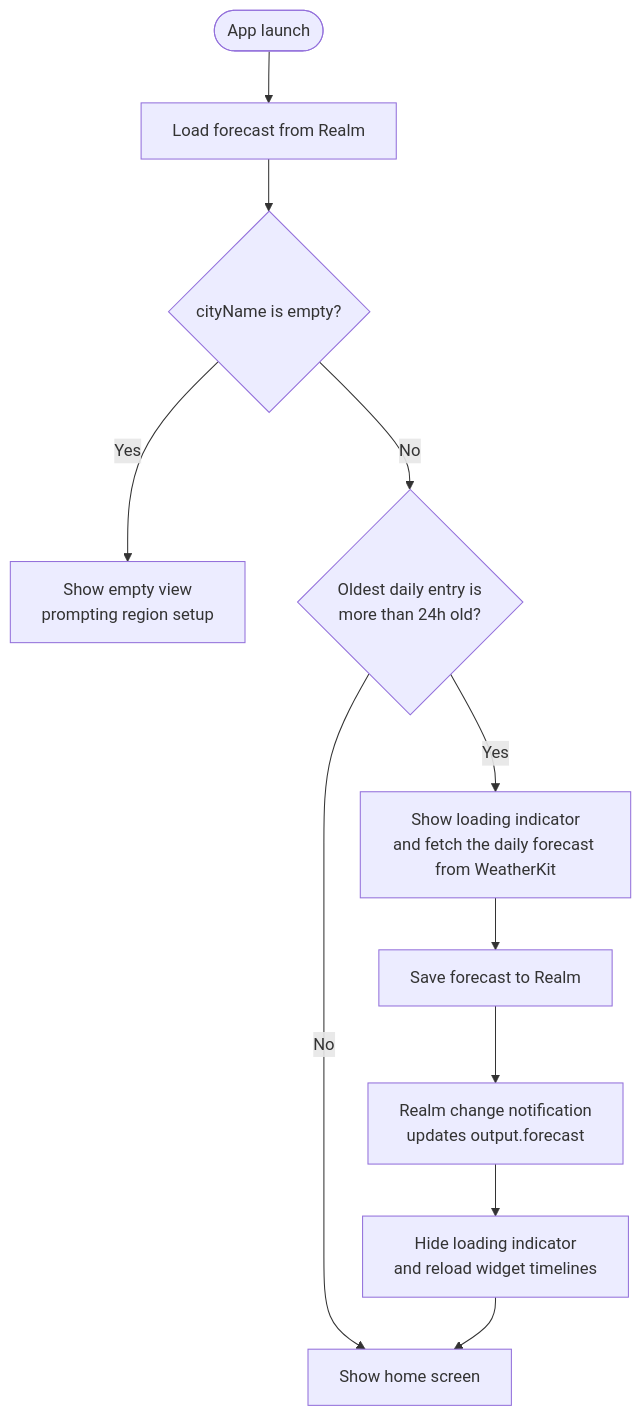
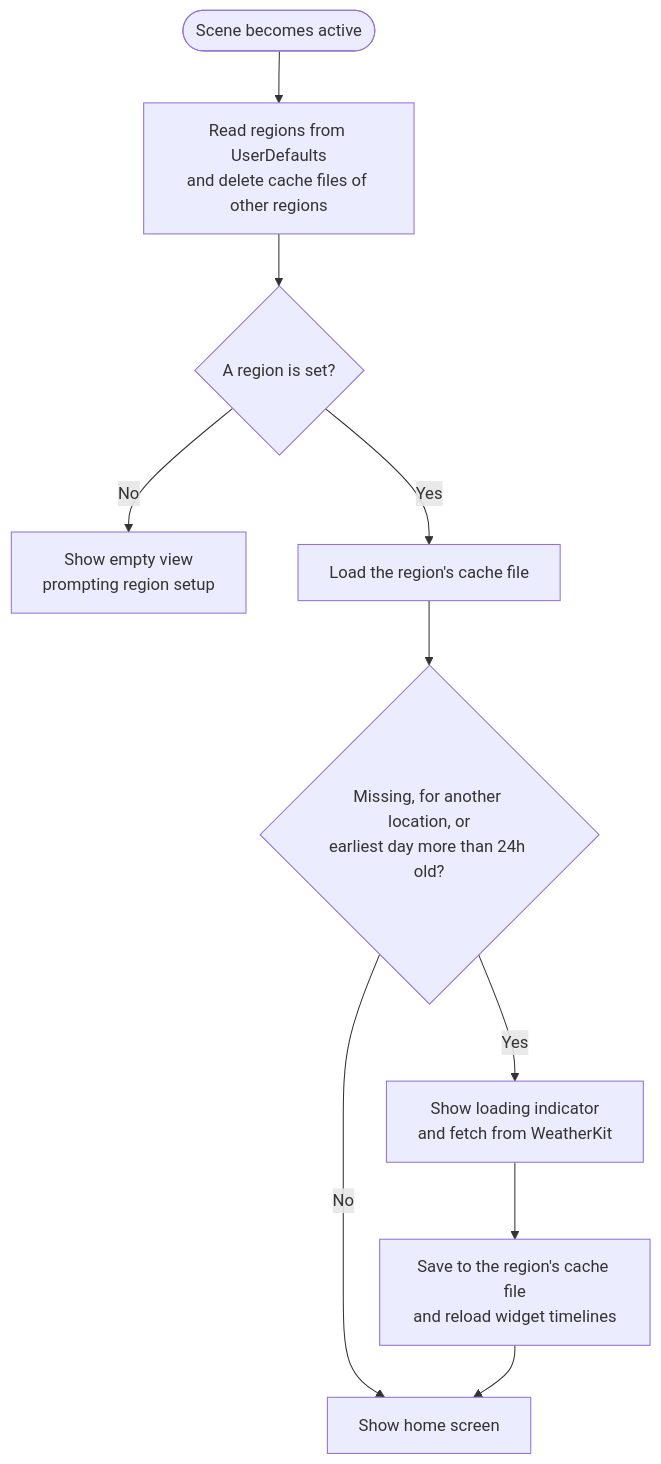
Before and after one commit to naipaka/NextSunnyDay-iOS: the first of 3 diagrams in docs/architecture/weather-fetch-flow.md, drawn with Mermaid. The commit also changed other lines of this file and 4 other files, not shown here.

````diff
--- a/docs/architecture/weather-fetch-flow.md
+++ b/docs/architecture/weather-fetch-flow.md
@@ -11,13 +23,12 @@
 ```mermaid
 flowchart TD
-    A([App launch]) --> B[Load forecast from Realm]
-    B --> C{cityName is empty?}
-    C -- Yes --> D[Show empty view<br/>prompting region setup]
-    C -- No --> E{Oldest daily entry is<br/>more than 24h old?}
-    E -- No --> H[Show home screen]
-    E -- Yes --> F[Show loading indicator<br/>and fetch the daily forecast from WeatherKit]
-    F --> G[Save forecast to Realm]
-    G --> G2[Realm change notification<br/>updates output.forecast]
-    G2 --> G3[Hide loading indicator<br/>and reload widget timelines]
-    G3 --> H
+    A([Scene becomes active]) --> B[Read regions from UserDefaults<br/>and delete cache files of other regions]
+    B --> C{A region is set?}
+    C -- No --> D[Show empty view<br/>prompting region setup]
+    C -- Yes --> E[Load the region's cache file]
+    E --> F{Missing, for another location, or<br/>earliest day more than 24h old?}
+    F -- No --> H[Show home screen]
+    F -- Yes --> G[Show loading indicator<br/>and fetch from WeatherKit]
+    G --> G2[Save to the region's cache file<br/>and reload widget timelines]
+    G2 --> H
 ```
````
